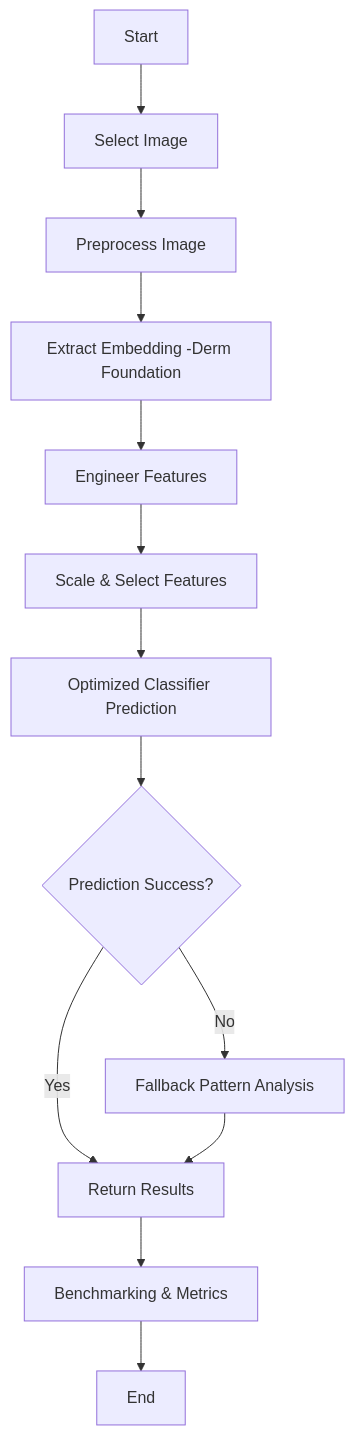
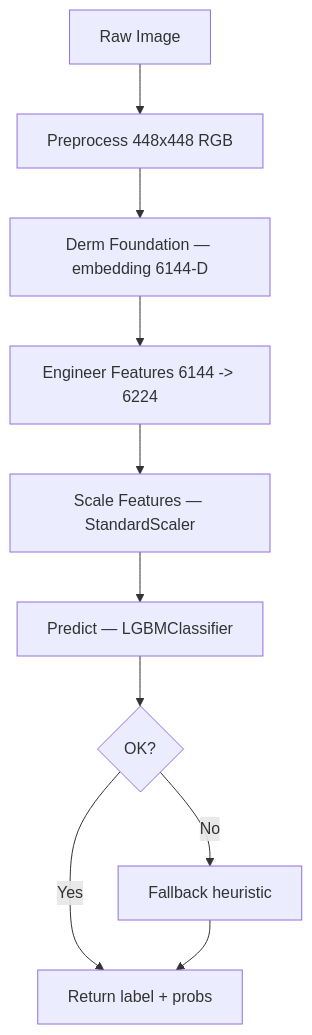
Before and after one commit to Krishna-Vijay-G/Hygieia-2.0: the diagram in Dermatology Report/DERMATOLOGY_MODEL_FULL_REPORT.md, drawn with Mermaid. The commit also changed other lines of this file, not shown here.

````diff
--- a/Dermatology Report/DERMATOLOGY_MODEL_FULL_REPORT.md
+++ b/Dermatology Report/DERMATOLOGY_MODEL_FULL_REPORT.md
@@ -121,15 +26,12 @@
 ```mermaid
 flowchart TD
-    A[Start] --> B[Select Image]
-    B --> C[Preprocess Image]
-    C --> D[Extract Embedding -Derm Foundation]
-    D --> E[Engineer Features]
-    E --> F[Scale & Select Features]
-    F --> G[Optimized Classifier Prediction]
-    G --> H{Prediction Success?}
-    H -- Yes --> I[Return Results]
-    H -- No --> J[Fallback Pattern Analysis]
-    J --> I
-    I --> K[Benchmarking & Metrics]
-    K --> L[End]
+    A[Raw Image] --> B[Preprocess 448x448 RGB]
+    B --> C[Derm Foundation — embedding 6144-D]
+    C --> D[Engineer Features 6144 -> 6224]
+    D --> E[Scale Features — StandardScaler]
+    E --> F[Predict — LGBMClassifier]
+    F --> G{OK?}
+    G -- Yes --> H[Return label + probs]
+    G -- No --> I[Fallback heuristic]
+    I --> H
 ```
````
